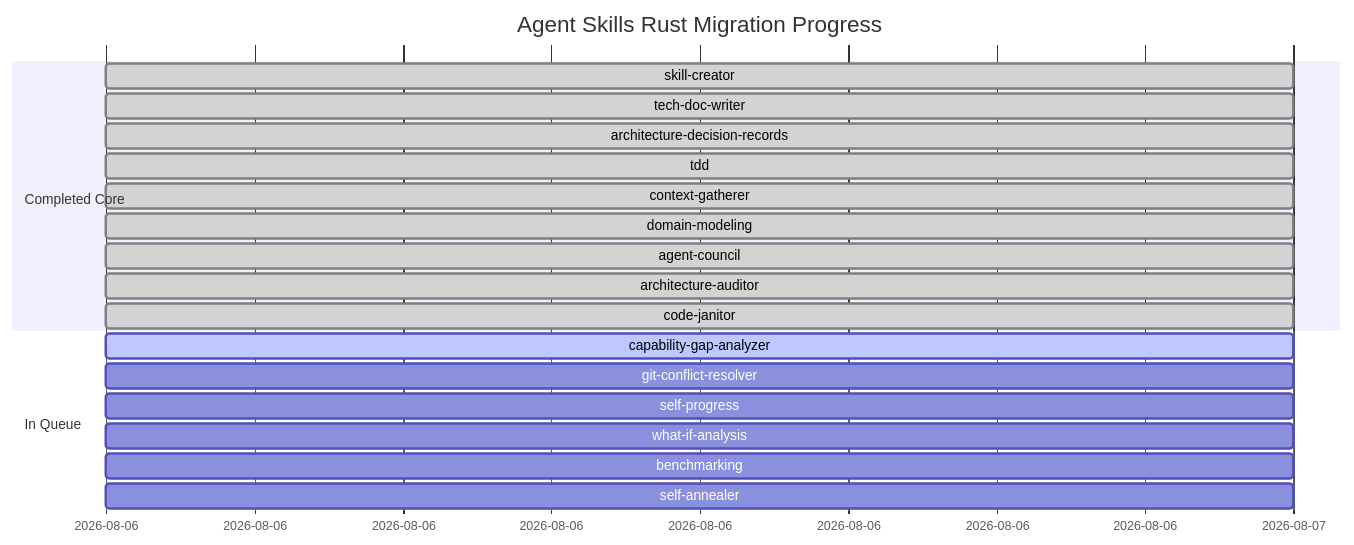
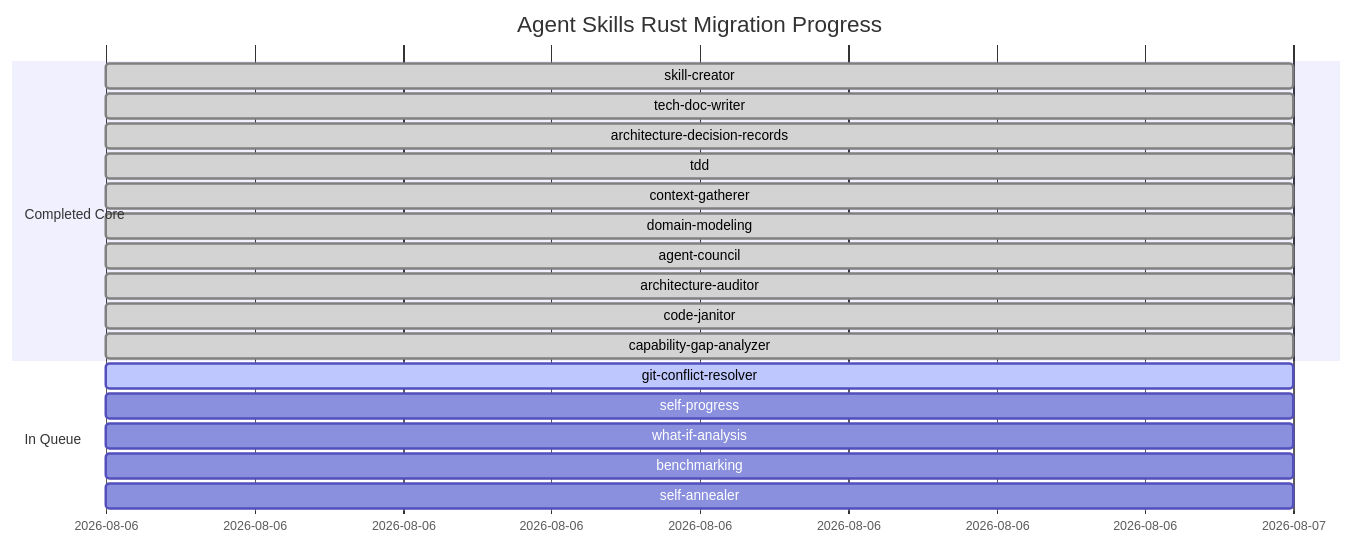
The diagram in docs/migration_progress.md (louis-pvs/agent-skills), drawn with Mermaid before and after one commit. The commit also changed other lines of this file and 5 other files, not shown here.

Commit message:
feat(capability-gap-analyzer): migrate skill automation to Rust CLI via TDD protocol

````diff
--- a/docs/migration_progress.md
+++ b/docs/migration_progress.md
@@ -26,22 +26,22 @@
 ```mermaid
 gantt
     title Agent Skills Rust Migration Progress
     dateFormat  YYYY-MM-DD
     section Completed Core
     skill-creator                  :done, 2026-08-06, 1d
     tech-doc-writer                :done, 2026-08-06, 1d
     architecture-decision-records  :done, 2026-08-06, 1d
     tdd                            :done, 2026-08-06, 1d
     context-gatherer               :done, 2026-08-06, 1d
     domain-modeling                :done, 2026-08-06, 1d
     agent-council                  :done, 2026-08-06, 1d
     architecture-auditor           :done, 2026-08-06, 1d
     code-janitor                   :done, 2026-08-06, 1d
+    capability-gap-analyzer        :done, 2026-08-06, 1d
     section In Queue
-    capability-gap-analyzer        :active, 2026-08-06, 1d
-    git-conflict-resolver         :2026-08-06, 1d
+    git-conflict-resolver         :active, 2026-08-06, 1d
     self-progress                  :2026-08-06, 1d
     what-if-analysis               :2026-08-06, 1d
     benchmarking                   :2026-08-06, 1d
     self-annealer                  :2026-08-06, 1d
 ```
````
